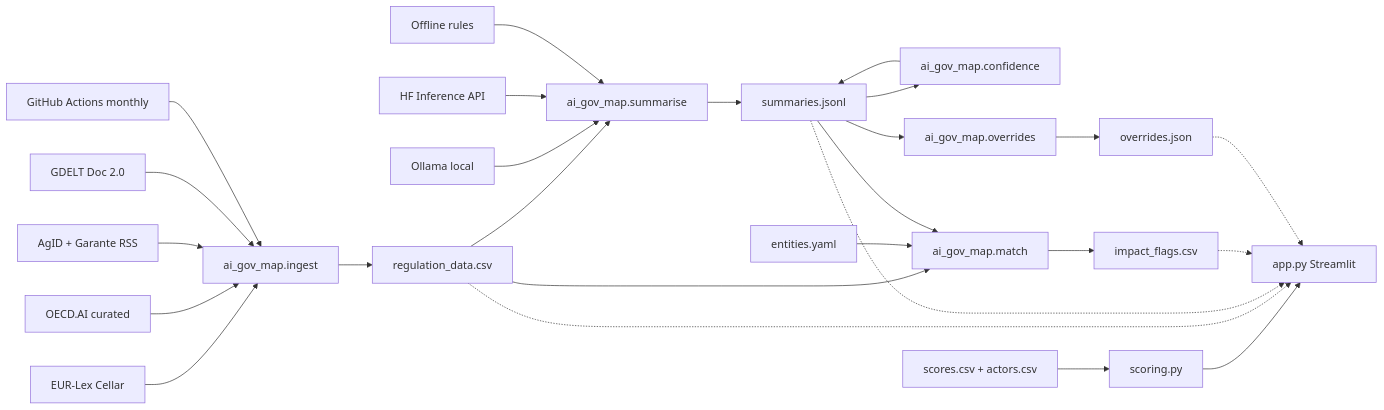
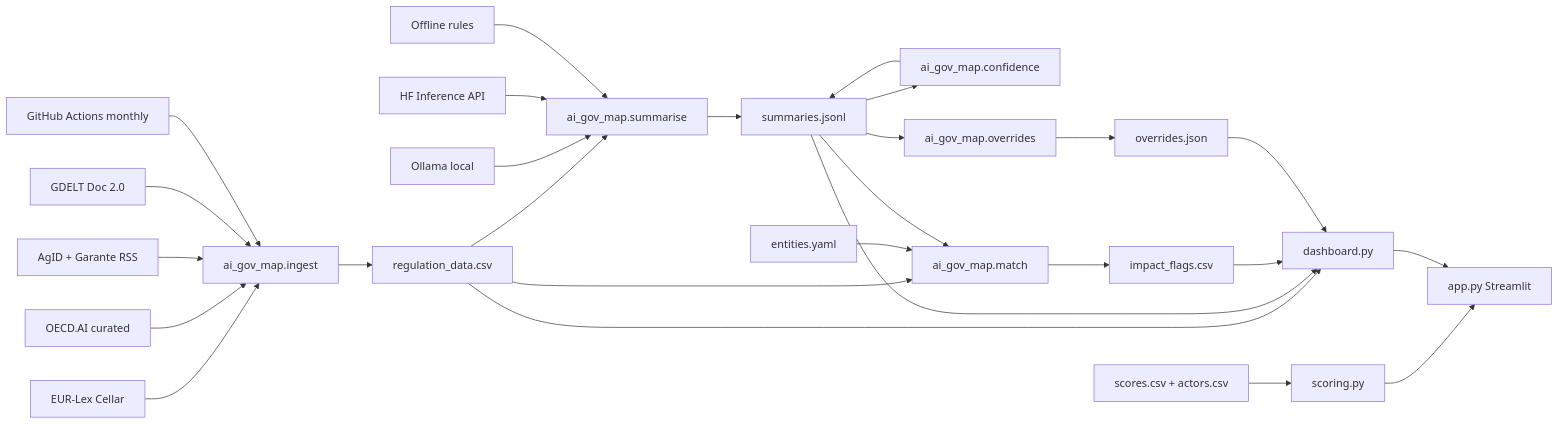
One commit to val-3ntin/AI_Governance_map changed the diagram in README.md. Above: the diagram before and after it, drawn with Mermaid. The commit also changed other lines of this file and 4 other files, not shown here.

First line of the commit message:
Add Phase 5 Regulatory Feed with timeline, filters, and export.

````diff
--- a/README.md
+++ b/README.md
@@ -31,28 +31,29 @@
 ```mermaid
 flowchart LR
   EUR[EUR-Lex Cellar] --> Ingest[ai_gov_map.ingest]
   OECD[OECD.AI curated] --> Ingest
   RSS[AgID + Garante RSS] --> Ingest
   GDELT[GDELT Doc 2.0] --> Ingest
   Ingest --> CSV[regulation_data.csv]
   CSV --> Sum[ai_gov_map.summarise]
   Ollama[Ollama local] --> Sum
   HF[HF Inference API] --> Sum
   Offline[Offline rules] --> Sum
   Sum --> JSONL[summaries.jsonl]
   JSONL --> Conf[ai_gov_map.confidence]
   Conf --> JSONL
   CSV --> Match[ai_gov_map.match]
   Ent[entities.yaml] --> Match
   JSONL --> Match
   Match --> Flags[impact_flags.csv]
   JSONL --> Ov[ai_gov_map.overrides]
   Ov --> Overrides[overrides.json]
   Scores[scores.csv + actors.csv] --> Score[scoring.py]
   Score --> App[app.py Streamlit]
-  CSV -.-> App
-  JSONL -.-> App
-  Flags -.-> App
-  Overrides -.-> App
+  Dash[dashboard.py] --> App
+  CSV --> Dash
+  JSONL --> Dash
+  Flags --> Dash
+  Overrides --> Dash
   GH[GitHub Actions monthly] --> Ingest
 ```
````
